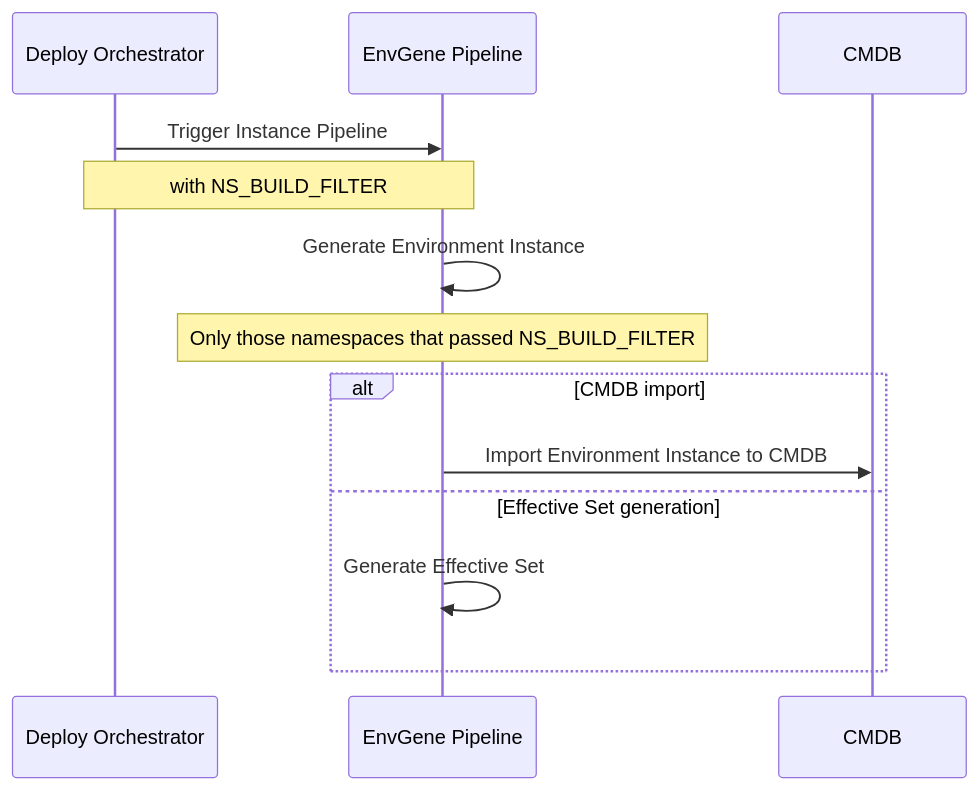
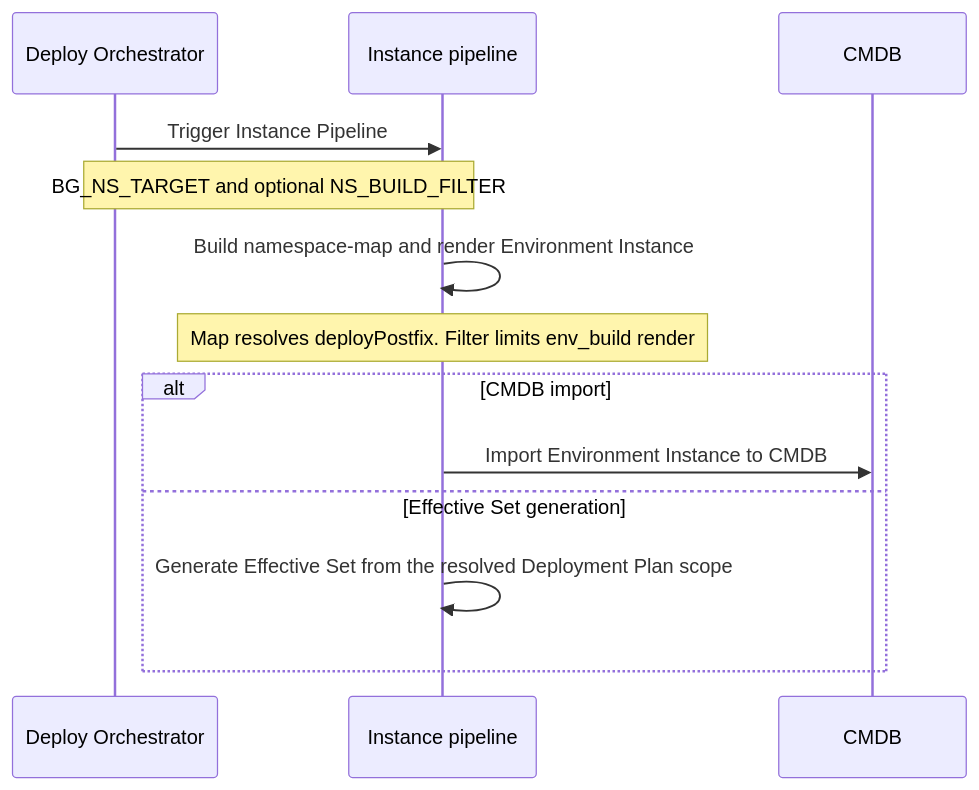
Before and after one commit to Netcracker/qubership-envgene: the second of 3 diagrams in docs/features/blue-green-deployment.md, drawn with Mermaid. The commit also changed other lines of this file and 2 other files, not shown here.

````diff
--- a/docs/features/blue-green-deployment.md
+++ b/docs/features/blue-green-deployment.md
@@ -77,17 +129,17 @@
 ```mermaid
 sequenceDiagram
     participant DP as Deploy Orchestrator
-    participant EGP as EnvGene Pipeline
+    participant EGP as Instance pipeline
     participant CMDB as CMDB
 
     DP->>EGP: Trigger Instance Pipeline
-    Note over DP,EGP: with NS_BUILD_FILTER
-    EGP->>EGP: Generate Environment Instance
-    Note over EGP,EGP: Only those namespaces that passed NS_BUILD_FILTER
+    Note over DP,EGP: BG_NS_TARGET and optional NS_BUILD_FILTER
+    EGP->>EGP: Build namespace-map and render Environment Instance
+    Note over EGP,EGP: Map resolves deployPostfix. Filter limits env_build render
 
     alt CMDB import
         EGP->>CMDB: Import Environment Instance to CMDB
     else Effective Set generation
-        EGP->>EGP: Generate Effective Set
+        EGP->>EGP: Generate Effective Set from the resolved Deployment Plan scope
     end
 ```
````
